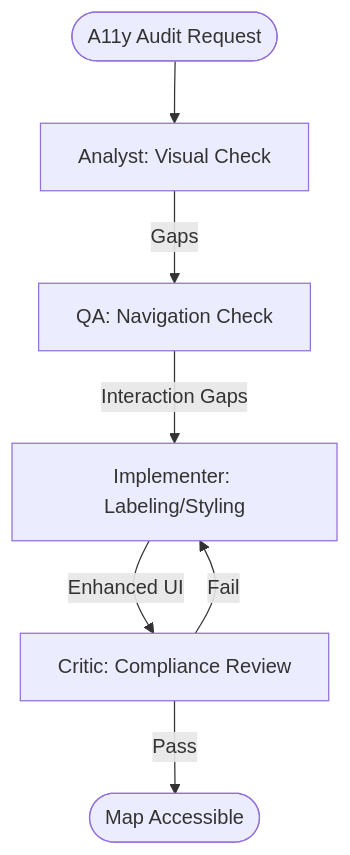
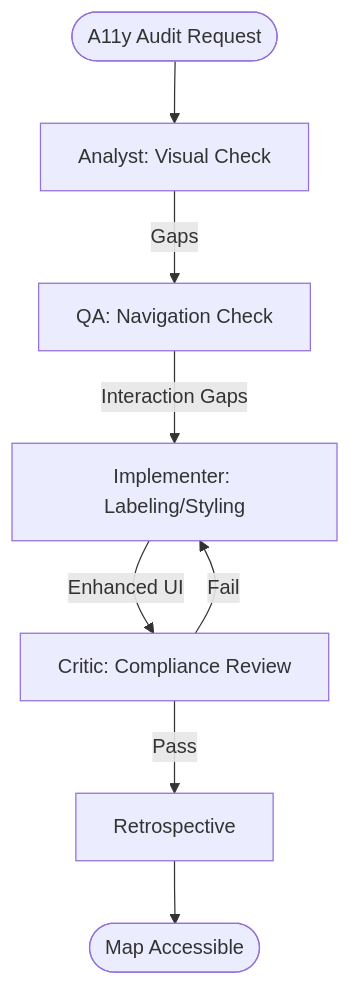
The diagram in custom-agents/workflows/arcgis/MapA11y.workflow.md (seanspiesman/Agents-and-Workflows), drawn with Mermaid before and after one commit. The commit also changed other lines of this file and 38 other files, not shown here.

````diff
--- a/custom-agents/workflows/arcgis/MapA11y.workflow.md
+++ b/custom-agents/workflows/arcgis/MapA11y.workflow.md
@@ -58,9 +66,10 @@
 ```mermaid
 flowchart TD
     Start([A11y Audit Request]) --> P1[Analyst: Visual Check]
     P1 -->|Gaps| P2[QA: Navigation Check]
     P2 -->|Interaction Gaps| P3[Implementer: Labeling/Styling]
     P3 -->|Enhanced UI| P4[Critic: Compliance Review]
     P4 -->|Fail| P3
-    P4 -->|Pass| End([Map Accessible])
+    P4 -->|Pass| P5[Retrospective]
+    P5 --> End([Map Accessible])
 ```
````
